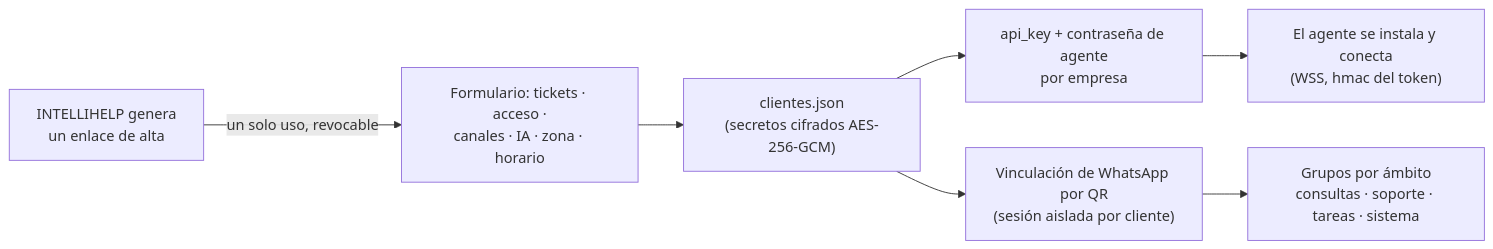
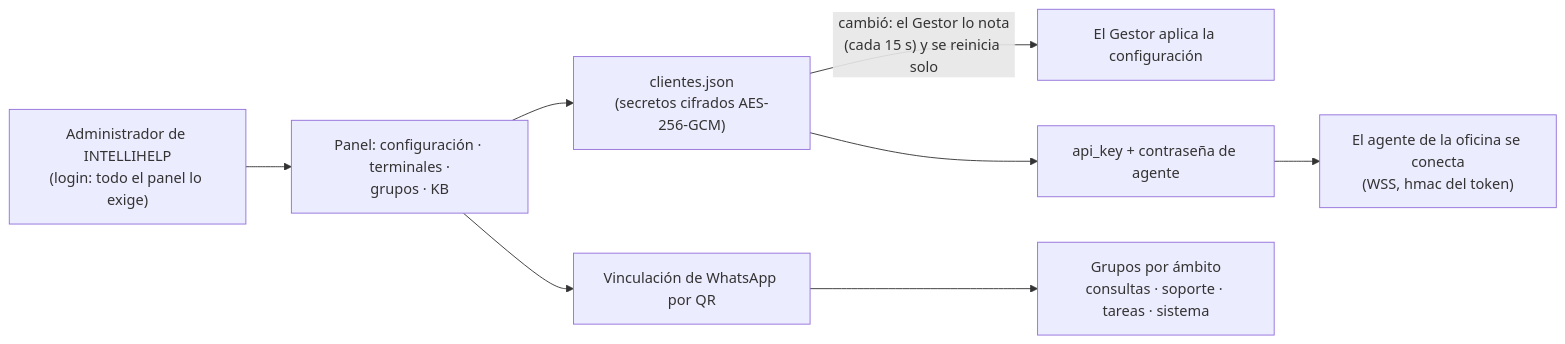
The fifth of 6 diagrams in DOCUMENTO_MAESTRO.md (bsierra4262/ithos), drawn with Mermaid before and after one commit. The commit also changed other lines of this file and 73 other files, not shown here.

````diff
--- a/DOCUMENTO_MAESTRO.md
+++ b/DOCUMENTO_MAESTRO.md
@@ -192,9 +195,10 @@
 ```mermaid
 flowchart LR
-    A["INTELLIHELP genera<br/>un enlace de alta"] -->|"un solo uso, revocable"| F["Formulario: tickets · acceso ·<br/>canales · IA · zona · horario"]
-    F --> CFG["clientes.json<br/>(secretos cifrados AES-256-GCM)"]
-    CFG --> K["api_key + contraseña de agente<br/>por empresa"]
-    K --> AGN["El agente se instala y conecta<br/>(WSS, hmac del token)"]
-    CFG --> QR["Vinculación de WhatsApp por QR<br/>(sesión aislada por cliente)"]
+    ADM["Administrador de INTELLIHELP<br/>(login: todo el panel lo exige)"] --> PAN["Panel: configuración · terminales ·<br/>grupos · KB"]
+    PAN --> CFG["clientes.json<br/>(secretos cifrados AES-256-GCM)"]
+    CFG -->|"cambió: el Gestor lo nota<br/>(cada 15 s) y se reinicia solo"| GES["El Gestor aplica la configuración"]
+    CFG --> K["api_key + contraseña de agente"]
+    K --> AGN["El agente de la oficina se conecta<br/>(WSS, hmac del token)"]
+    PAN --> QR["Vinculación de WhatsApp por QR"]
     QR --> GRP["Grupos por ámbito<br/>consultas · soporte · tareas · sistema"]
 ```
````
